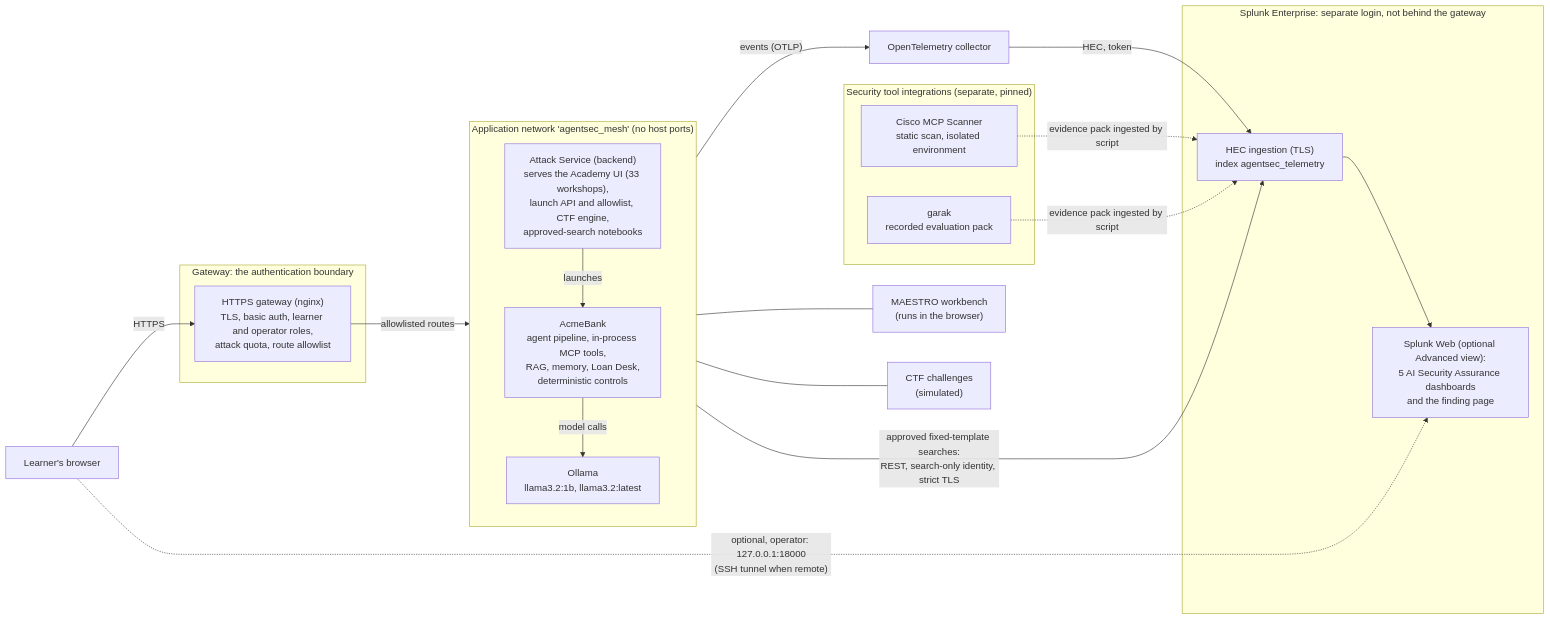
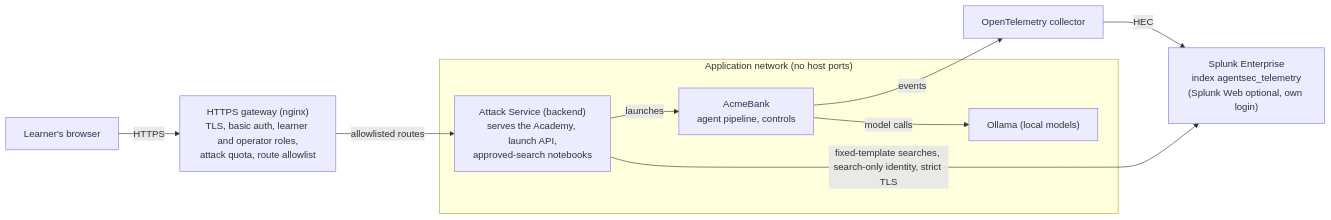
One commit to machowdhury/AgentSecLab changed the diagram in README.md. Above: the diagram before and after it, drawn with Mermaid. The commit also changed other lines of this file, not shown here.

Commit message:
docs: README as a learner-first product page (LOCAL/REMOTE, journey, real screenshots, Diataxis links)

````diff
--- a/README.md
+++ b/README.md
@@ -126,37 +120,16 @@
 ```mermaid
 flowchart LR
   B["Learner's browser"]
-  subgraph GWB["Gateway: the authentication boundary"]
-    GW["HTTPS gateway (nginx)<br/>TLS, basic auth, learner and operator roles,<br/>attack quota, route allowlist"]
-  end
-  subgraph APP["Application network 'agentsec_mesh' (no host ports)"]
-    direction TB
-    AS["Attack Service (backend)<br/>serves the Academy UI (33 workshops),<br/>launch API and allowlist, CTF engine,<br/>approved-search notebooks"]
-    AB["AcmeBank<br/>agent pipeline, in-process MCP tools,<br/>RAG, memory, Loan Desk,<br/>deterministic controls"]
-    OL["Ollama<br/>llama3.2:1b, llama3.2:latest"]
-  end
-  subgraph TOOLS["Security tool integrations (separate, pinned)"]
-    MS["Cisco MCP Scanner<br/>static scan, isolated environment"]
-    GK["garak<br/>recorded evaluation pack"]
+  GW["HTTPS gateway (nginx)<br/>TLS, basic auth, learner and operator roles,<br/>attack quota, route allowlist"]
+  subgraph APP["Application network (no host ports)"]
+    AS["Attack Service (backend)<br/>serves the Academy, launch API,<br/>approved-search notebooks"]
+    AB["AcmeBank<br/>agent pipeline, controls"]
+    OL["Ollama (local models)"]
   end
   OT["OpenTelemetry collector"]
-  subgraph SPL["Splunk Enterprise: separate login, not behind the gateway"]
-    HEC["HEC ingestion (TLS)<br/>index agentsec_telemetry"]
-    SW["Splunk Web (optional Advanced view):<br/>5 AI Security Assurance dashboards<br/>and the finding page"]
-  end
-  MAE["MAESTRO workbench<br/>(runs in the browser)"]
-  CTF["CTF challenges<br/>(simulated)"]
-  B -->|"HTTPS"| GW
-  GW -->|"allowlisted routes"| AS
-  AS --- MAE
-  AS --- CTF
-  AS -->|"launches"| AB
-  AB -->|"model calls"| OL
-  AB -->|"events (OTLP)"| OT
-  OT -->|"HEC, token"| HEC
-  MS -.->|"evidence pack ingested by script"| HEC
-  GK -.->|"evidence pack ingested by script"| HEC
-  HEC --> SW
-  AS -->|"approved fixed-template searches:<br/>REST, search-only identity, strict TLS"| HEC
-  B -.->|"optional, operator: 127.0.0.1:18000<br/>(SSH tunnel when remote)"| SW
+  SPL["Splunk Enterprise<br/>index agentsec_telemetry<br/>(Splunk Web optional, own login)"]
+  B -->|"HTTPS"| GW -->|"allowlisted routes"| AS
+  AS -->|"launches"| AB -->|"model calls"| OL
+  AB -->|"events"| OT -->|"HEC"| SPL
+  AS -->|"fixed-template searches, search-only identity, strict TLS"| SPL
 ```
````
